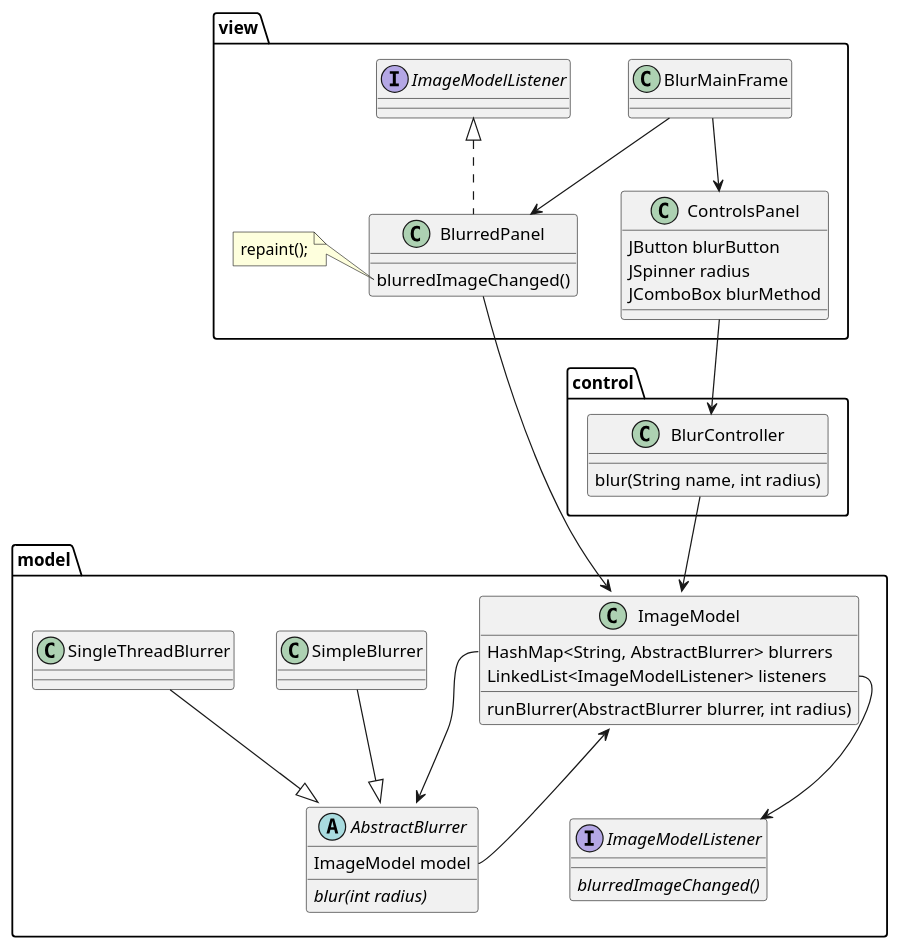
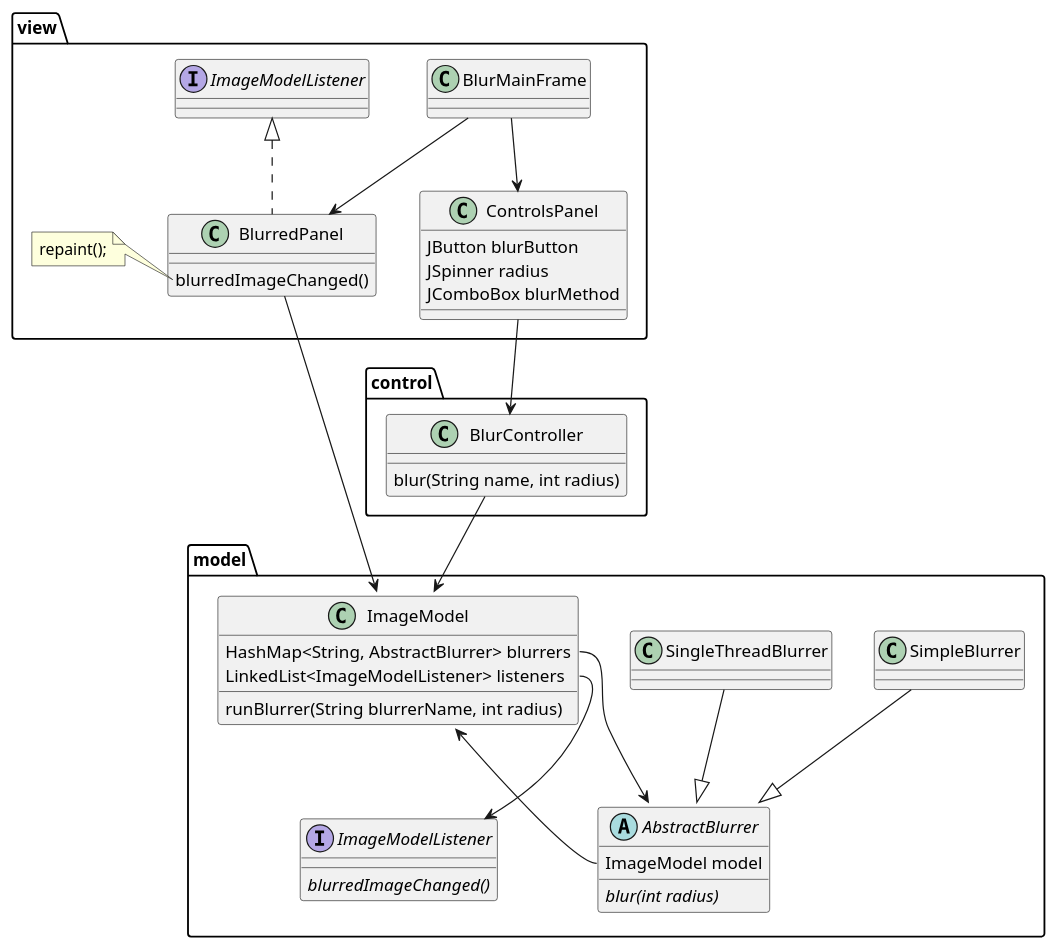
Before and after one commit to dabrowskiw/JavaMultithreading: the diagram in res/mvc.uml.puml, drawn with PlantUML. The commit also changed 2 other files, not shown here.

```diff
--- a/res/mvc.uml.puml
+++ b/res/mvc.uml.puml
@@ -1,52 +1,52 @@
 @startuml
 'https://plantuml.com/class-diagram
 
 package "model" {
   interface ImageModelListener
   abstract class AbstractBlurrer
   class SimpleBlurrer
   class SingleThreadBlurrer
   class ImageModel
   ImageModel : HashMap<String, AbstractBlurrer> blurrers
   ImageModel : LinkedList<ImageModelListener> listeners
-  ImageModel : runBlurrer(AbstractBlurrer blurrer, int radius)
+  ImageModel : runBlurrer(String blurrerName, int radius)
   AbstractBlurrer : {abstract} blur(int radius)
   AbstractBlurrer : ImageModel model
   ImageModelListener : {abstract} blurredImageChanged()
 
   SimpleBlurrer --|> AbstractBlurrer
   SingleThreadBlurrer --|> AbstractBlurrer
   ImageModel::HashMap --> AbstractBlurrer
   AbstractBlurrer::ImageModel --> ImageModel
   ImageModel::LinkedList --> ImageModelListener
 }
 
 package "control" {
   class BlurController
   BlurController : blur(String name, int radius)
 
   BlurController --> ImageModel
 }
 
 package "view" {
     class BlurMainFrame
     class BlurredPanel implements ImageModelListener
     class ControlsPanel
 
     ControlsPanel : JButton blurButton
     ControlsPanel : JSpinner radius
     ControlsPanel : JComboBox blurMethod
 
     BlurMainFrame --> BlurredPanel
     BlurMainFrame --> ControlsPanel
     ControlsPanel --> BlurController
     BlurredPanel --> ImageModel
     BlurredPanel : blurredImageChanged()
 
     note left of BlurredPanel::blurredImageChanged()
       repaint();
     end note
 }
 
 
 @enduml
```
